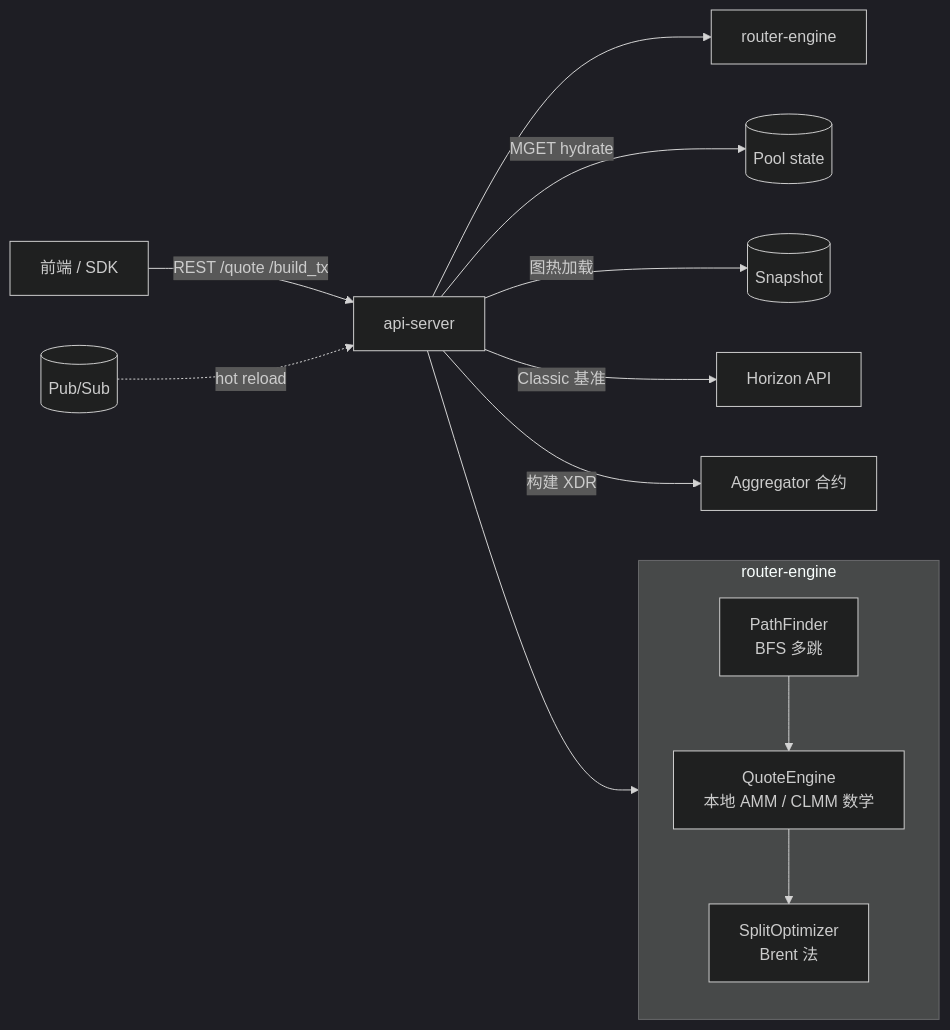
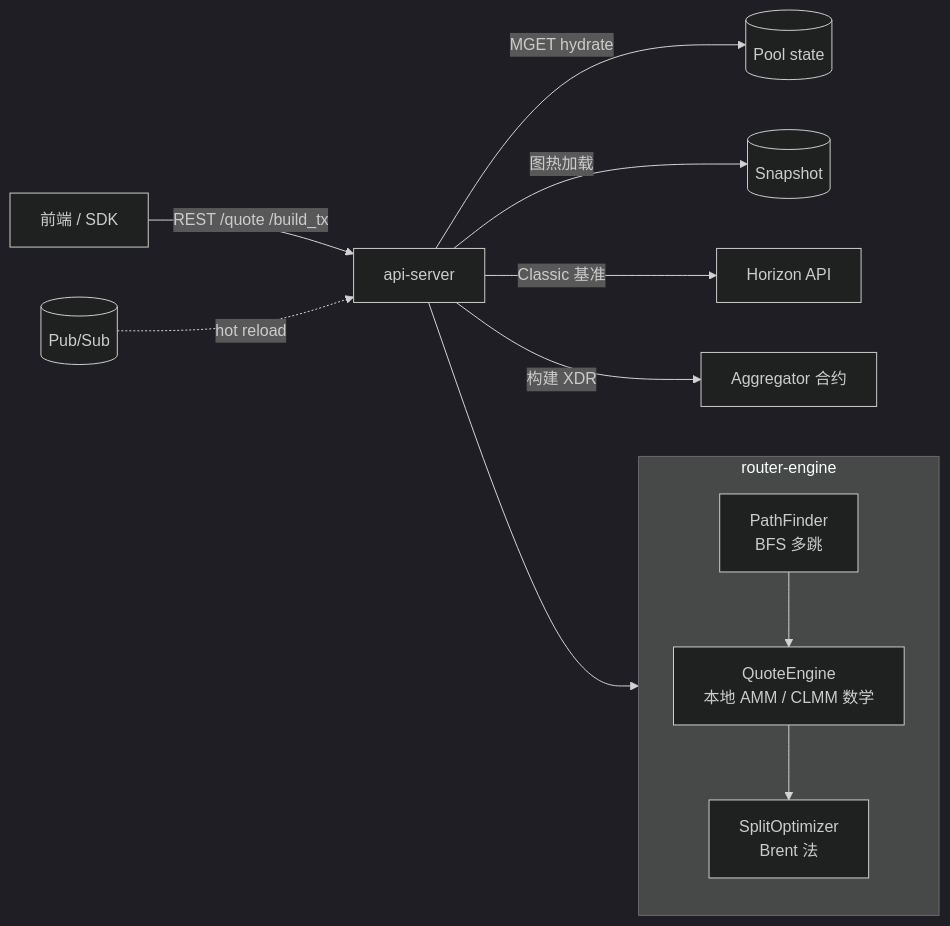
One commit to mangekyou-labs/chakra changed the second of 3 diagrams in README.zh-CN.md. Above: the diagram before and after it, drawn with Mermaid (dark theme). The commit also changed other lines of this file and 1 other file, not shown here.

````diff
--- a/README.zh-CN.md
+++ b/README.zh-CN.md
@@ -80,20 +80,19 @@
 ```mermaid
 flowchart LR
   FE[前端 / SDK] -->|REST /quote /build_tx| API[api-server]
-  API --> RE[router-engine]
 
-  subgraph REinner [router-engine]
+  subgraph RE [router-engine]
     PF[PathFinder<br/>BFS 多跳]
     QE[QuoteEngine<br/>本地 AMM / CLMM 数学]
     SO[SplitOptimizer<br/>Brent 法]
     PF --> QE --> SO
   end
 
-  API --> REinner
+  API --> RE
   API -->|MGET hydrate| POOL[(Pool state)]
   API -->|图热加载| SNAP[(Snapshot)]
   PUB[(Pub/Sub)] -.->|hot reload| API
 
   API -->|Classic 基准| HZN[Horizon API]
   API -->|构建 XDR| AGG[Aggregator 合约]
 ```
````
